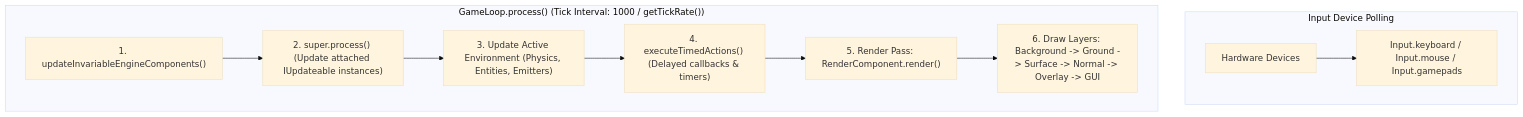
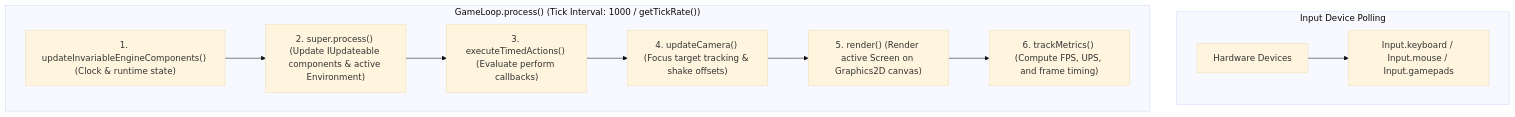
Before and after one commit to gurkenlabs/litiengine-docs: the diagram in docs/game-api/loops.md, drawn with Mermaid (base theme). The commit also changed other lines of this file and 57 other files, not shown here.

````diff
--- a/docs/game-api/loops.md
+++ b/docs/game-api/loops.md
@@ -19,14 +19,14 @@
 ```mermaid
 flowchart TD
     subgraph InputProcessing["Input Device Polling"]
         HW["Hardware Devices"] --> InputState["Input.keyboard / Input.mouse / Input.gamepads"]
     end
 
     subgraph TickExecution["GameLoop.process() (Tick Interval: 1000 / getTickRate())"]
-        Step1["1. updateInvariableEngineComponents()"] --> Step2["2. super.process() (Update attached IUpdateable instances)"]
-        Step2 --> Step3["3. Update Active Environment (Physics, Entities, Emitters)"]
-        Step3 --> Step4["4. executeTimedActions() (Delayed callbacks & timers)"]
-        Step4 --> Step5["5. Render Pass: RenderComponent.render()"]
-        Step5 --> Step6["6. Draw Layers: Background -> Ground -> Surface -> Normal -> Overlay -> GUI"]
+        Step1["1. updateInvariableEngineComponents() (Clock & runtime state)"] --> Step2["2. super.process() (Update IUpdateable components & active Environment)"]
+        Step2 --> Step3["3. executeTimedActions() (Evaluate perform callbacks)"]
+        Step3 --> Step4["4. updateCamera() (Focus target tracking & shake offsets)"]
+        Step4 --> Step5["5. render() (Render active Screen on Graphics2D canvas)"]
+        Step5 --> Step6["6. trackMetrics() (Compute FPS, UPS, and frame timing)"]
     end
 ```
````
